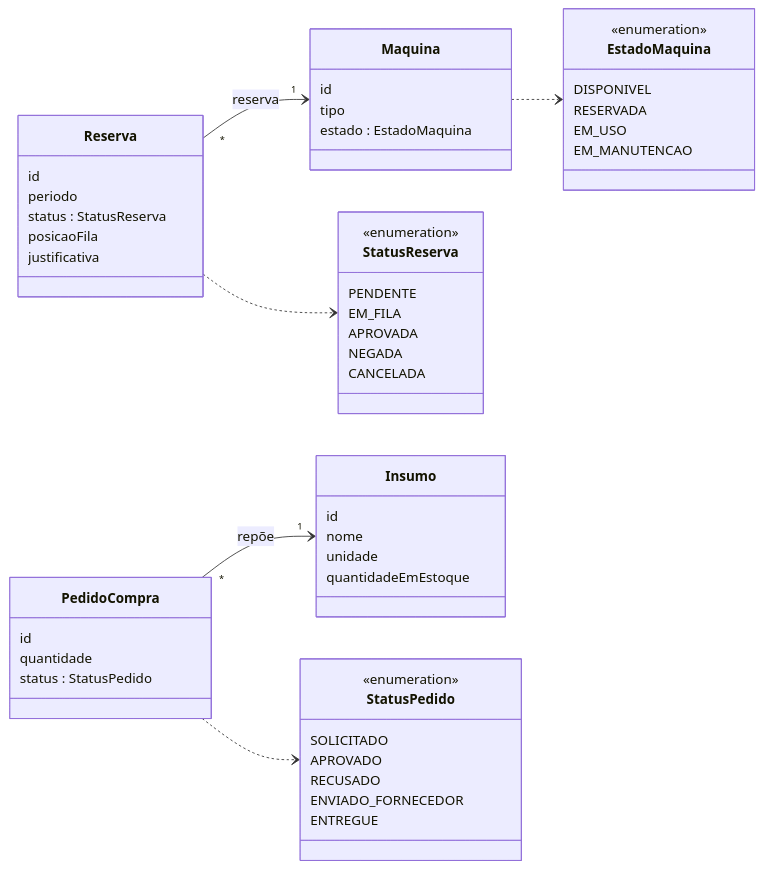
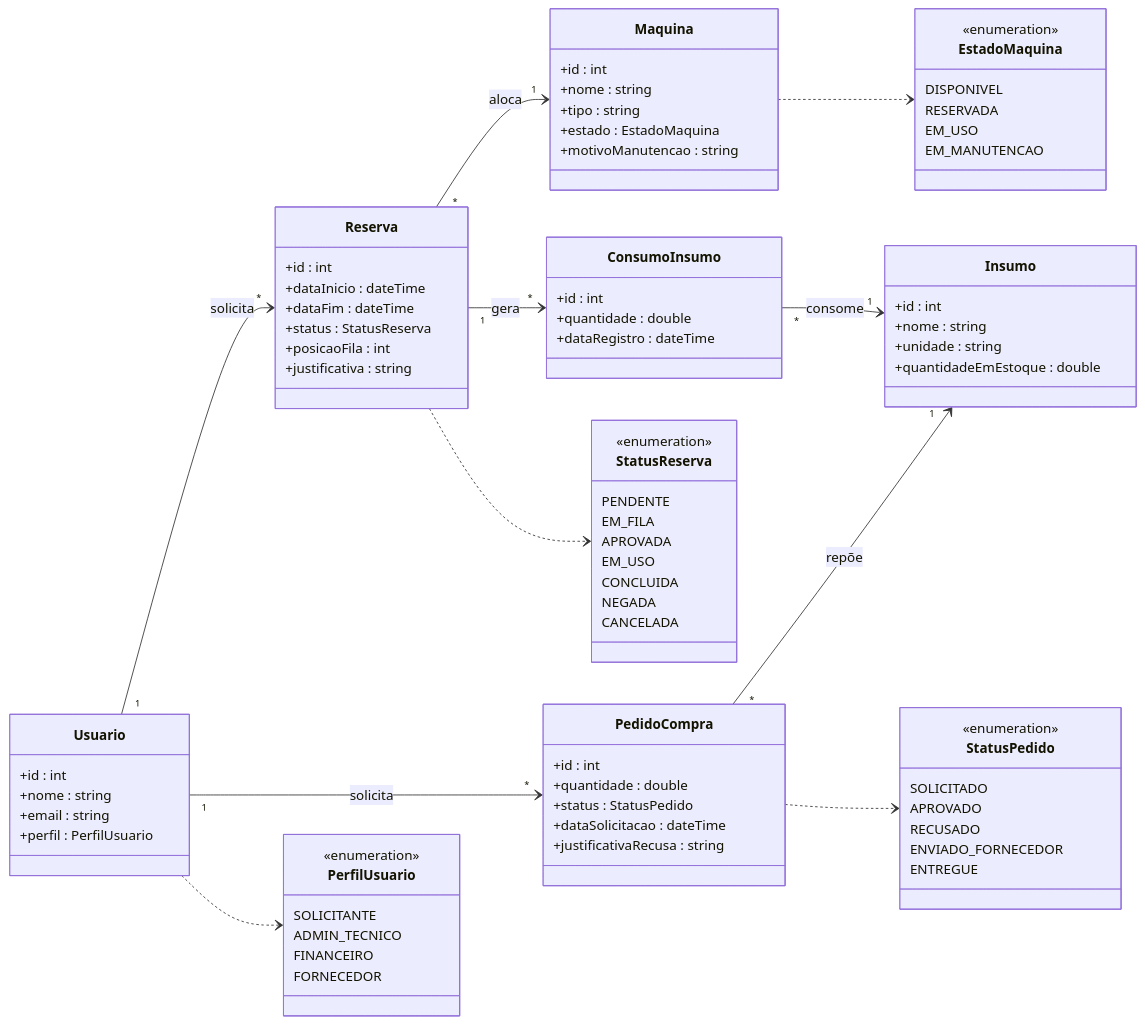
One commit to MateusM312/model-storming-fablab changed the diagram in docs/architecture/modelo-dominio.mmd. Above: the diagram before and after it, drawn with Mermaid.

Commit message:
inclusao de entidades, classe de associacao e atributos de manutencao e auditoria

```diff
--- a/docs/architecture/modelo-dominio.mmd
+++ b/docs/architecture/modelo-dominio.mmd
@@ -1,56 +1,95 @@
 classDiagram
     direction LR
 
+    class Usuario {
+        +id : int
+        +nome : string
+        +email : string
+        +perfil : PerfilUsuario
+    }
+
     class Maquina {
-        id
-        tipo
-        estado : EstadoMaquina
+        +id : int
+        +nome : string
+        +tipo : string
+        +estado : EstadoMaquina
+        +motivoManutencao : string
     }
+
     class Reserva {
-        id
-        periodo
-        status : StatusReserva
-        posicaoFila
-        justificativa
+        +id : int
+        +dataInicio : dateTime
+        +dataFim : dateTime
+        +status : StatusReserva
+        +posicaoFila : int
+        +justificativa : string
     }
+
     class Insumo {
-        id
-        nome
-        unidade
-        quantidadeEmEstoque
+        +id : int
+        +nome : string
+        +unidade : string
+        +quantidadeEmEstoque : double
     }
+
+    class ConsumoInsumo {
+        +id : int
+        +quantidade : double
+        +dataRegistro : dateTime
+    }
+
     class PedidoCompra {
-        id
-        quantidade
-        status : StatusPedido
+        +id : int
+        +quantidade : double
+        +status : StatusPedido
+        +dataSolicitacao : dateTime
+        +justificativaRecusa : string
+    }
+
+    class PerfilUsuario {
+        <<enumeration>>
+        SOLICITANTE
+        ADMIN_TECNICO
+        FINANCEIRO
+        FORNECEDOR
     }
 
     class StatusReserva {
         <<enumeration>>
         PENDENTE
         EM_FILA
         APROVADA
+        EM_USO
+        CONCLUIDA
         NEGADA
         CANCELADA
     }
+
     class EstadoMaquina {
         <<enumeration>>
         DISPONIVEL
         RESERVADA
         EM_USO
         EM_MANUTENCAO
     }
+
     class StatusPedido {
         <<enumeration>>
         SOLICITADO
         APROVADO
         RECUSADO
         ENVIADO_FORNECEDOR
         ENTREGUE
     }
 
-    Reserva "*" --> "1" Maquina : reserva
+    Usuario "1" --> "*" Reserva : solicita
+    Usuario "1" --> "*" PedidoCompra : solicita
+    Reserva "*" --> "1" Maquina : aloca
+    Reserva "1" --> "*" ConsumoInsumo : gera
+    ConsumoInsumo "*" --> "1" Insumo : consome
     PedidoCompra "*" --> "1" Insumo : repõe
+
+    Usuario ..> PerfilUsuario
     Reserva ..> StatusReserva
     Maquina ..> EstadoMaquina
     PedidoCompra ..> StatusPedido
```
